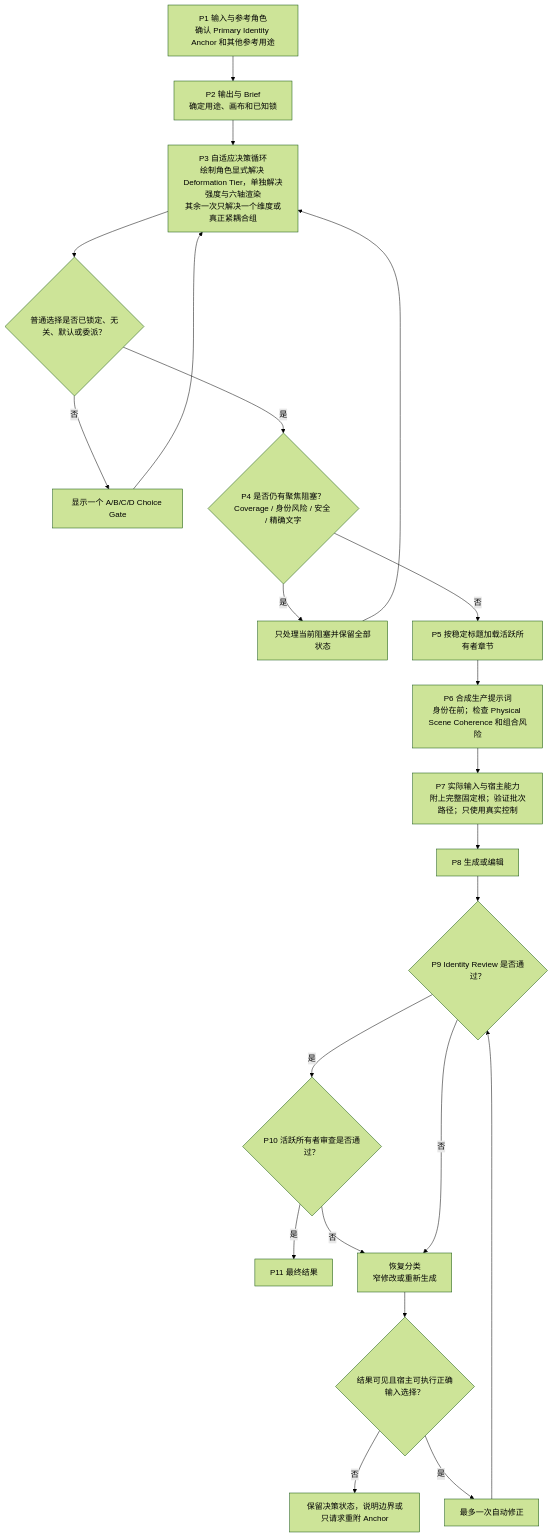
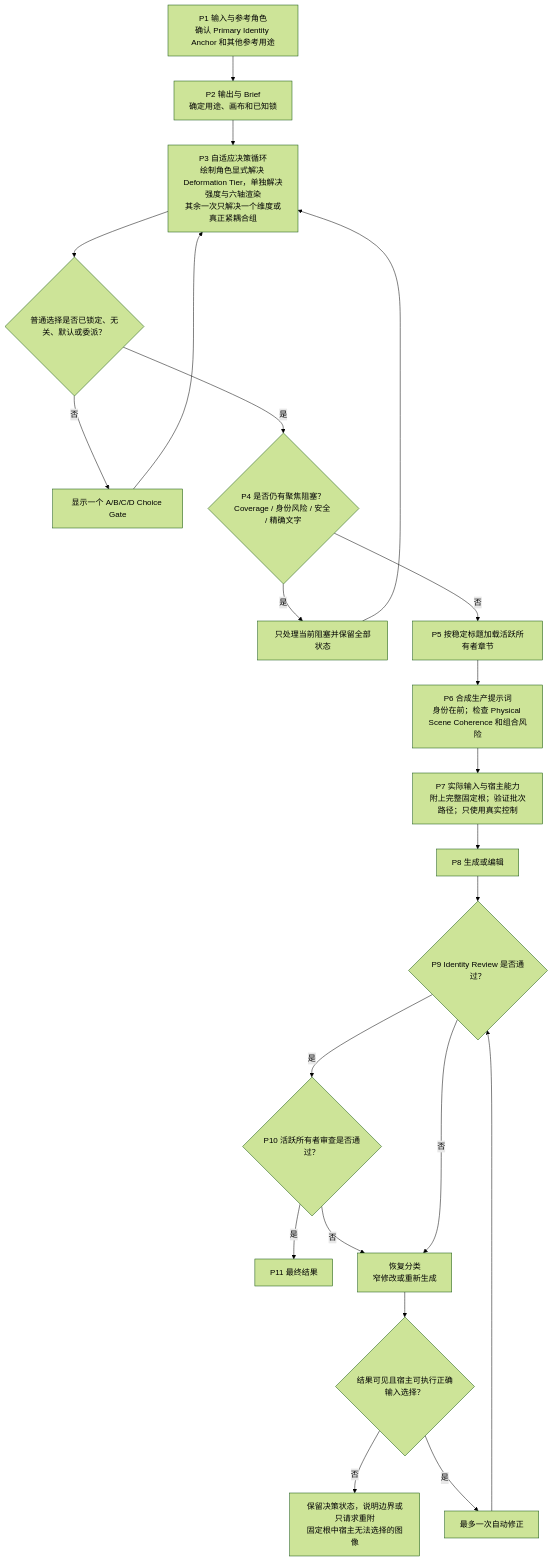
The fourth of 13 diagrams in docs/architecture.md (cyaoc/cast-me), drawn with Mermaid (forest theme) before and after one commit. The commit also changed other lines of this file and 7 other files, not shown here.

````diff
--- a/docs/architecture.md
+++ b/docs/architecture.md
@@ -217,24 +217,24 @@
 ```mermaid
 flowchart TD
     P1["P1 输入与参考角色<br/>确认 Primary Identity Anchor 和其他参考用途"] --> P2["P2 输出与 Brief<br/>确定用途、画布和已知锁"]
     P2 --> P3["P3 自适应决策循环<br/>绘制角色显式解决 Deformation Tier，单独解决强度与六轴渲染<br/>其余一次只解决一个维度或真正紧耦合组"]
     P3 --> ORDINARY{"普通选择是否已锁定、无关、默认或委派？"}
     ORDINARY -- 否 --> GATE["显示一个 A/B/C/D Choice Gate"]
     GATE --> P3
     ORDINARY -- 是 --> P4{"P4 是否仍有聚焦阻塞？<br/>Coverage / 身份风险 / 安全 / 精确文字"}
     P4 -- 是 --> FOCUSED["只处理当前阻塞并保留全部状态"]
     FOCUSED --> P3
     P4 -- 否 --> P5["P5 按稳定标题加载活跃所有者章节"]
     P5 --> P6["P6 合成生产提示词<br/>身份在前；检查 Physical Scene Coherence 和组合风险"]
     P6 --> P7["P7 实际输入与宿主能力<br/>附上完整固定根；验证批次路径；只使用真实控制"]
     P7 --> P8["P8 生成或编辑"]
     P8 --> P9{"P9 Identity Review 是否通过？"}
     P9 -- 是 --> P10{"P10 活跃所有者审查是否通过？"}
     P10 -- 是 --> P11["P11 最终结果"]
     P10 -- 否 --> RECOVERY["恢复分类<br/>窄修改或重新生成"]
     P9 -- 否 --> RECOVERY
     RECOVERY --> CAPABLE{"结果可见且宿主可执行正确输入选择？"}
-    CAPABLE -- 否 --> STOP["保留决策状态，说明边界或只请求重附 Anchor"]
+    CAPABLE -- 否 --> STOP["保留决策状态，说明边界或只请求重附<br/>固定根中宿主无法选择的图像"]
     CAPABLE -- 是 --> ONCE["最多一次自动修正"]
     ONCE --> P9
 ```
````
